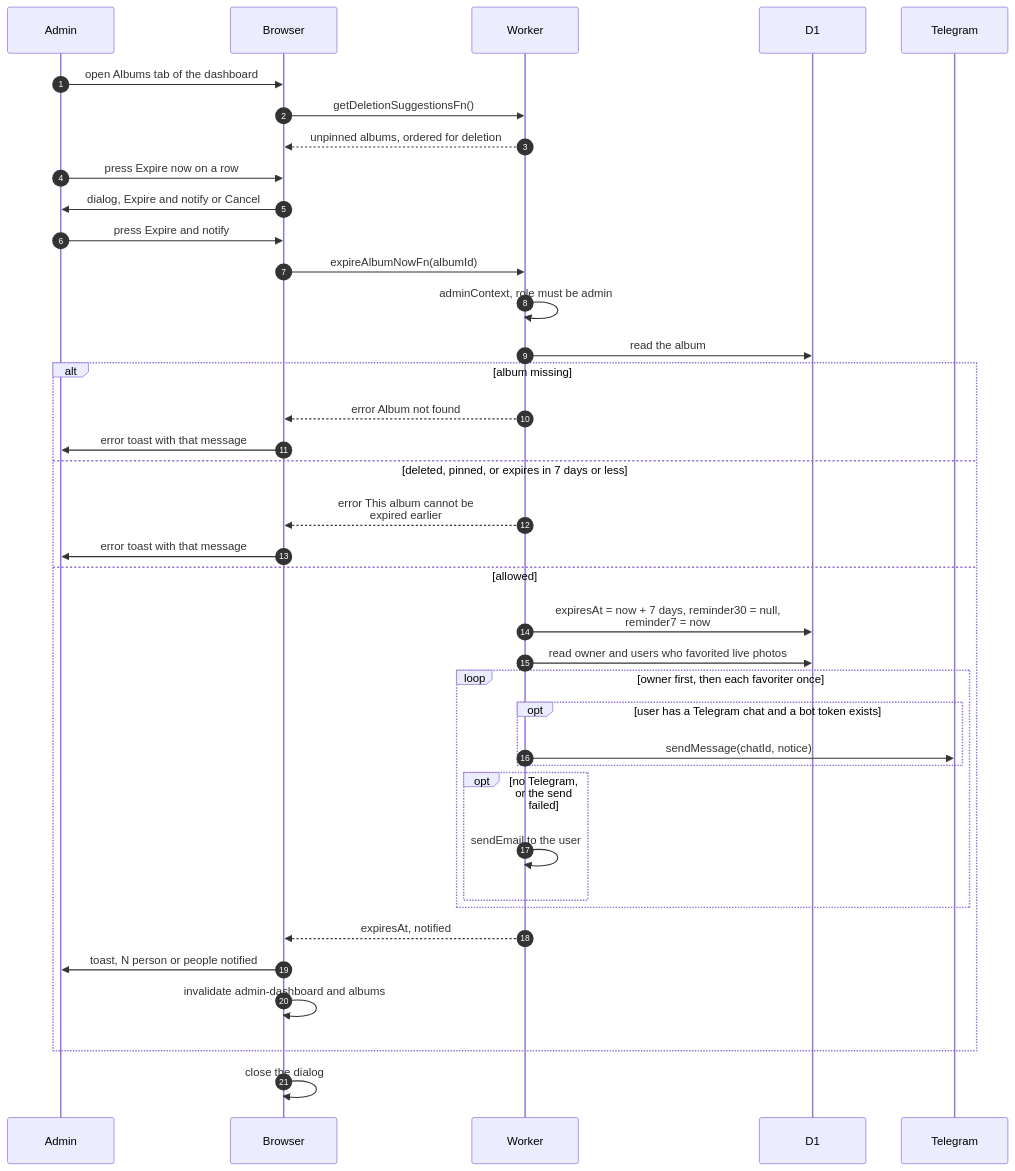
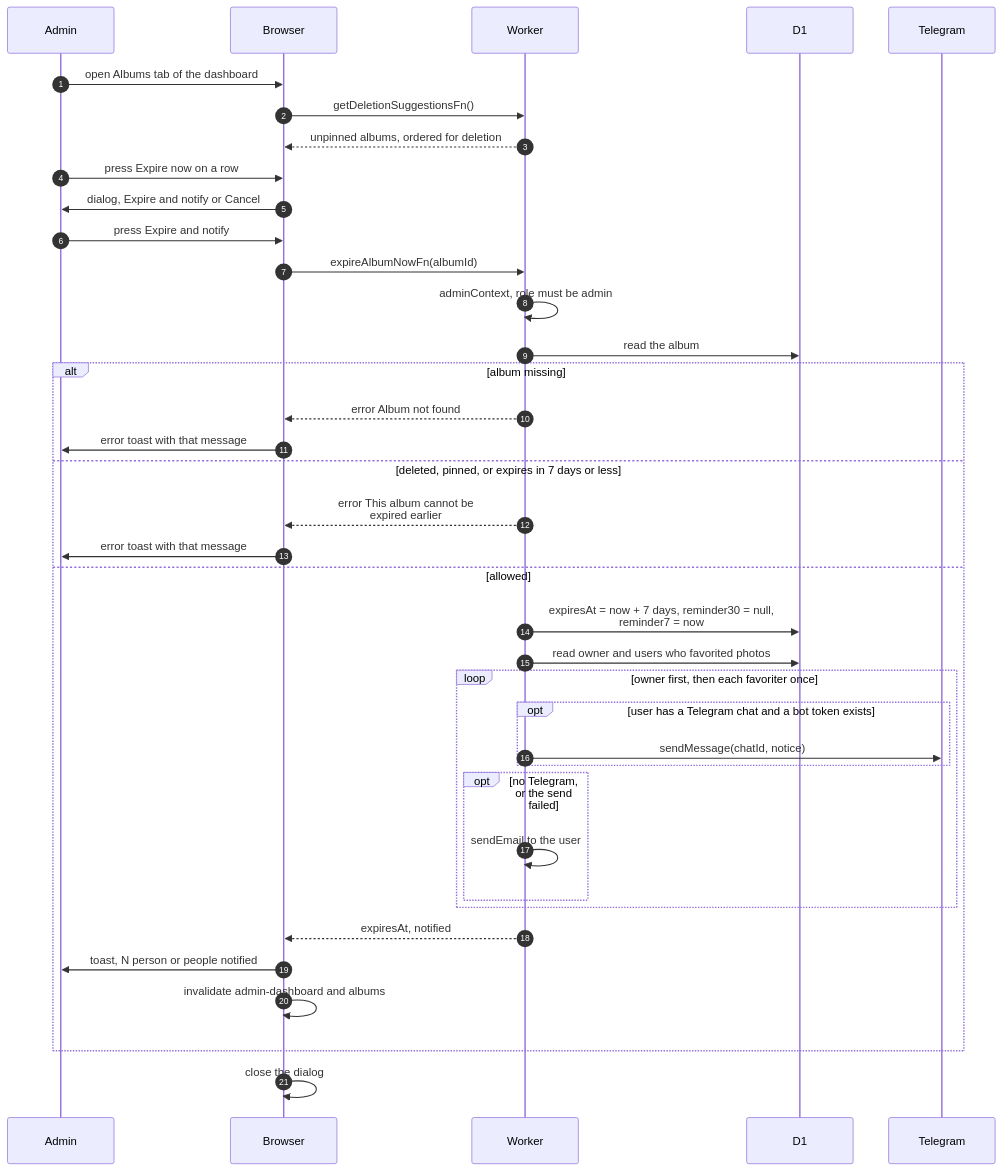
Before and after one commit to sagyzdop/meriksirat: the diagram in docs/scenarios/cron/albums-and-housekeeping/expire-early.md, drawn with Mermaid. The commit also changed other lines of this file and 28 other files, not shown here.

````diff
--- a/docs/scenarios/cron/albums-and-housekeeping/expire-early.md
+++ b/docs/scenarios/cron/albums-and-housekeeping/expire-early.md
@@ -41,40 +41,40 @@
 ```mermaid
 sequenceDiagram
     autonumber
     participant Admin
     participant Browser
     participant Worker
     participant D1
     participant Telegram
     Admin->>Browser: open Albums tab of the dashboard
     Browser->>Worker: getDeletionSuggestionsFn()
     Worker-->>Browser: unpinned albums, ordered for deletion
     Admin->>Browser: press Expire now on a row
     Browser->>Admin: dialog, Expire and notify or Cancel
     Admin->>Browser: press Expire and notify
     Browser->>Worker: expireAlbumNowFn(albumId)
     Worker->>Worker: adminContext, role must be admin
     Worker->>D1: read the album
     alt album missing
         Worker-->>Browser: error Album not found
         Browser->>Admin: error toast with that message
     else deleted, pinned, or expires in 7 days or less
         Worker-->>Browser: error This album cannot be<br/>expired earlier
         Browser->>Admin: error toast with that message
     else allowed
         Worker->>D1: expiresAt = now + 7 days, reminder30 = null,<br/>reminder7 = now
-        Worker->>D1: read owner and users who favorited live photos
+        Worker->>D1: read owner and users who favorited photos
         loop owner first, then each favoriter once
             opt user has a Telegram chat and a bot token exists
                 Worker->>Telegram: sendMessage(chatId, notice)
             end
             opt no Telegram, or the send failed
                 Worker->>Worker: sendEmail to the user
             end
         end
         Worker-->>Browser: expiresAt, notified
         Browser->>Admin: toast, N person or people notified
         Browser->>Browser: invalidate admin-dashboard and albums
     end
     Browser->>Browser: close the dialog
 ```
````
